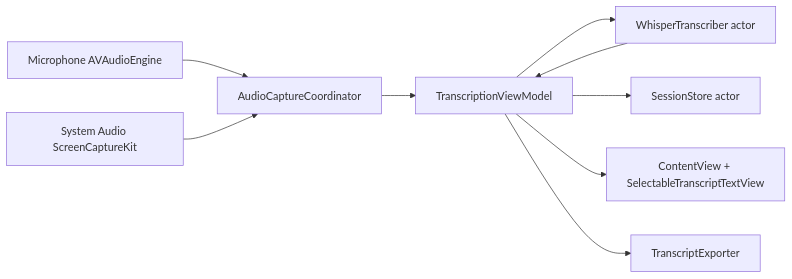
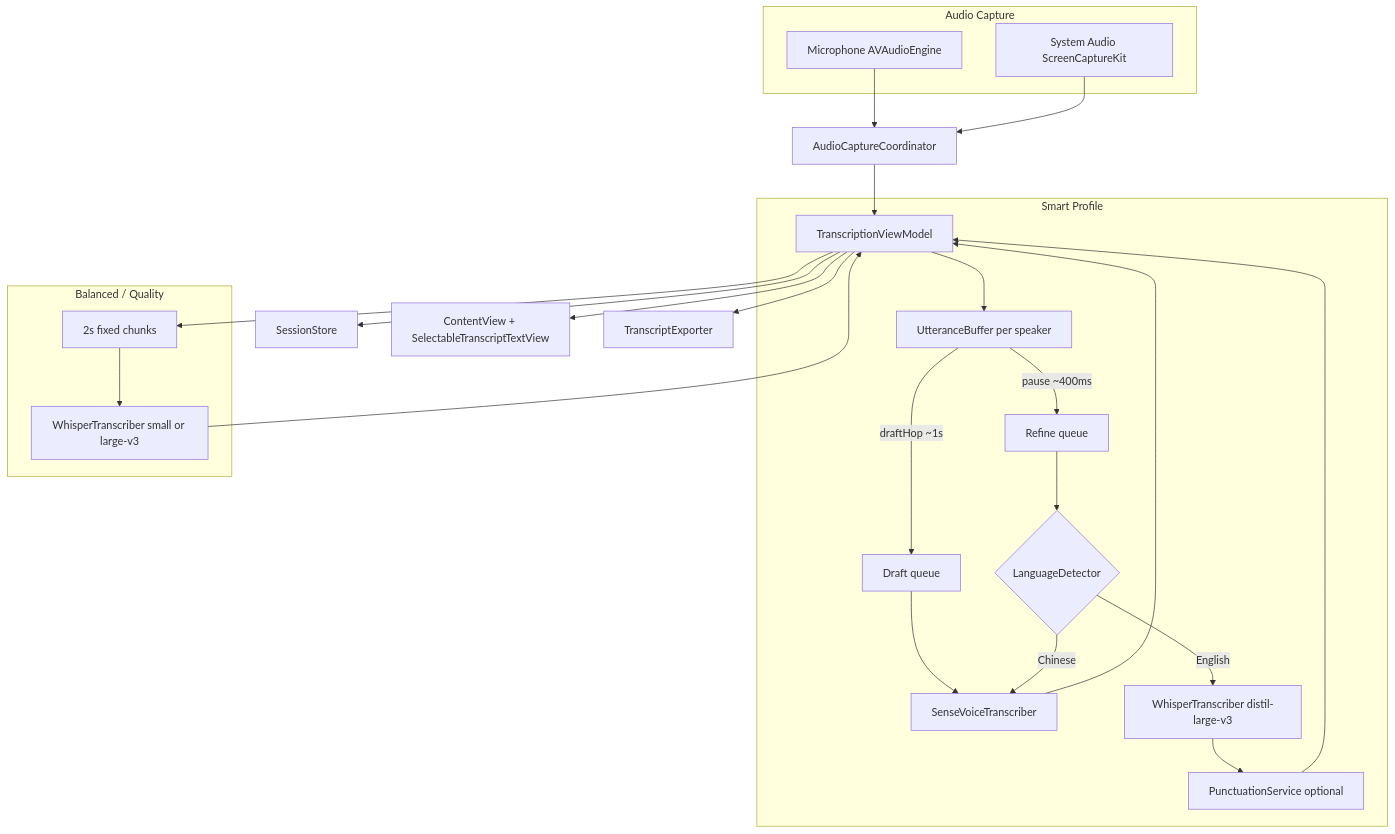
The diagram in TECH_DESIGN.md (LeoShi/Livescript), drawn with Mermaid before and after one commit. The commit also changed other lines of this file, not shown here.

First line of the commit message:
Update TECH_DESIGN for Smart captions and current architecture.

````diff
--- a/TECH_DESIGN.md
+++ b/TECH_DESIGN.md
@@ -12,11 +19,34 @@
 ```mermaid
-flowchart LR
-    mic[Microphone AVAudioEngine] --> coordinator[AudioCaptureCoordinator]
-    sys[System Audio ScreenCaptureKit] --> coordinator
+flowchart TB
+    subgraph capture [Audio Capture]
+        mic[Microphone AVAudioEngine]
+        sys[System Audio ScreenCaptureKit]
+    end
+
+    mic --> coordinator[AudioCaptureCoordinator]
+    sys --> coordinator
     coordinator --> vm[TranscriptionViewModel]
-    vm --> whisper[WhisperTranscriber actor]
+
+    subgraph smart [Smart Profile]
+        vm --> ub[UtteranceBuffer per speaker]
+        ub -->|draftHop ~1s| draftQ[Draft queue]
+        ub -->|pause ~400ms| refineQ[Refine queue]
+        draftQ --> sense[SenseVoiceTranscriber]
+        refineQ --> route{LanguageDetector}
+        route -->|English| distil[WhisperTranscriber distil-large-v3]
+        route -->|Chinese| sense
+        distil --> punc[PunctuationService optional]
+    end
+
+    subgraph legacy [Balanced / Quality]
+        vm --> chunk[2s fixed chunks]
+        chunk --> whisper[WhisperTranscriber small or large-v3]
+    end
+
+    sense --> vm
+    punc --> vm
     whisper --> vm
-    vm --> store[SessionStore actor]
+    vm --> store[SessionStore]
     vm --> ui[ContentView + SelectableTranscriptTextView]
     vm --> export[TranscriptExporter]
 ```
````
